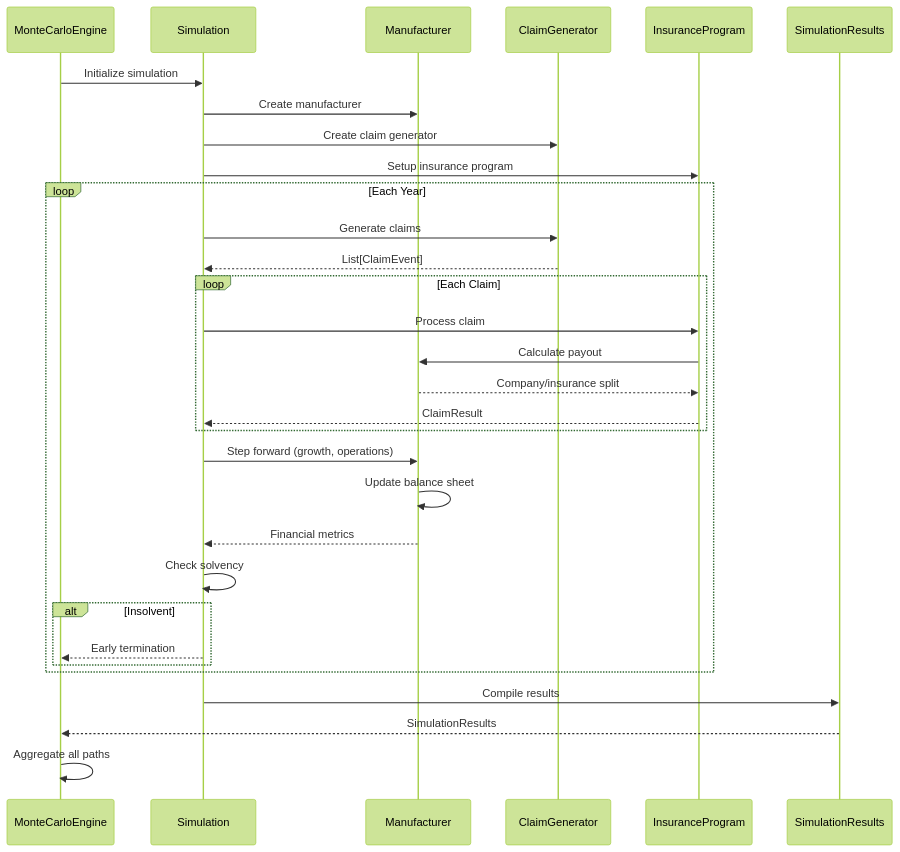
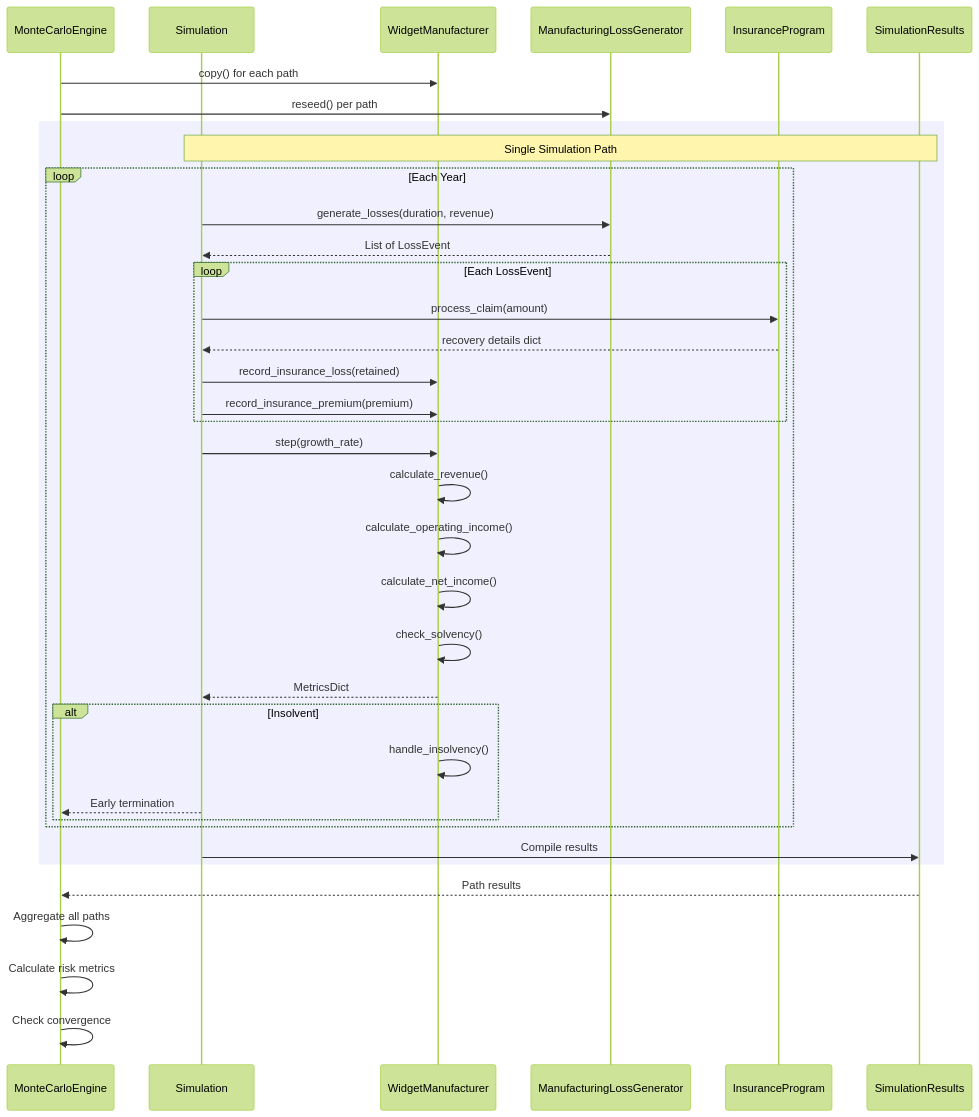
One commit to AlexFiliakov/Ergodic-Insurance-Limits changed the sixth of 6 diagrams in ergodic_insurance/docs/architecture/class_diagrams/core_classes.md. Above: the diagram before and after it, drawn with Mermaid (forest theme). The commit also changed other lines of this file and 14 other files, not shown here.

First line of the commit message:
docs: Update and expand Mermaid architecture diagrams (#185) (#341)

````diff
--- a/ergodic_insurance/docs/architecture/class_diagrams/core_classes.md
+++ b/ergodic_insurance/docs/architecture/class_diagrams/core_classes.md
@@ -175,39 +478,46 @@
 ```{mermaid}
 sequenceDiagram
     participant MC as MonteCarloEngine
     participant S as Simulation
-    participant M as Manufacturer
-    participant CG as ClaimGenerator
+    participant M as WidgetManufacturer
+    participant LG as ManufacturingLossGenerator
     participant IP as InsuranceProgram
     participant SR as SimulationResults
 
-    MC->>S: Initialize simulation
-    S->>M: Create manufacturer
-    S->>CG: Create claim generator
-    S->>IP: Setup insurance program
+    MC->>M: copy() for each path
+    MC->>LG: reseed() per path
 
+    rect rgb(240, 240, 255)
+    Note over S,SR: Single Simulation Path
     loop Each Year
-        S->>CG: Generate claims
-        CG-->>S: List[ClaimEvent]
+        S->>LG: generate_losses(duration, revenue)
+        LG-->>S: List of LossEvent
 
-        loop Each Claim
-            S->>IP: Process claim
-            IP->>M: Calculate payout
-            M-->>IP: Company/insurance split
-            IP-->>S: ClaimResult
+        loop Each LossEvent
+            S->>IP: process_claim(amount)
+            IP-->>S: recovery details dict
+            S->>M: record_insurance_loss(retained)
+            S->>M: record_insurance_premium(premium)
         end
 
-        S->>M: Step forward (growth, operations)
-        M->>M: Update balance sheet
-        M-->>S: Financial metrics
+        S->>M: step(growth_rate)
+        M->>M: calculate_revenue()
+        M->>M: calculate_operating_income()
+        M->>M: calculate_net_income()
+        M->>M: check_solvency()
+        M-->>S: MetricsDict
 
-        S->>S: Check solvency
         alt Insolvent
+            M->>M: handle_insolvency()
             S-->>MC: Early termination
         end
     end
 
     S->>SR: Compile results
-    SR-->>MC: SimulationResults
+    end
+
+    SR-->>MC: Path results
     MC->>MC: Aggregate all paths
+    MC->>MC: Calculate risk metrics
+    MC->>MC: Check convergence
 ```
````
